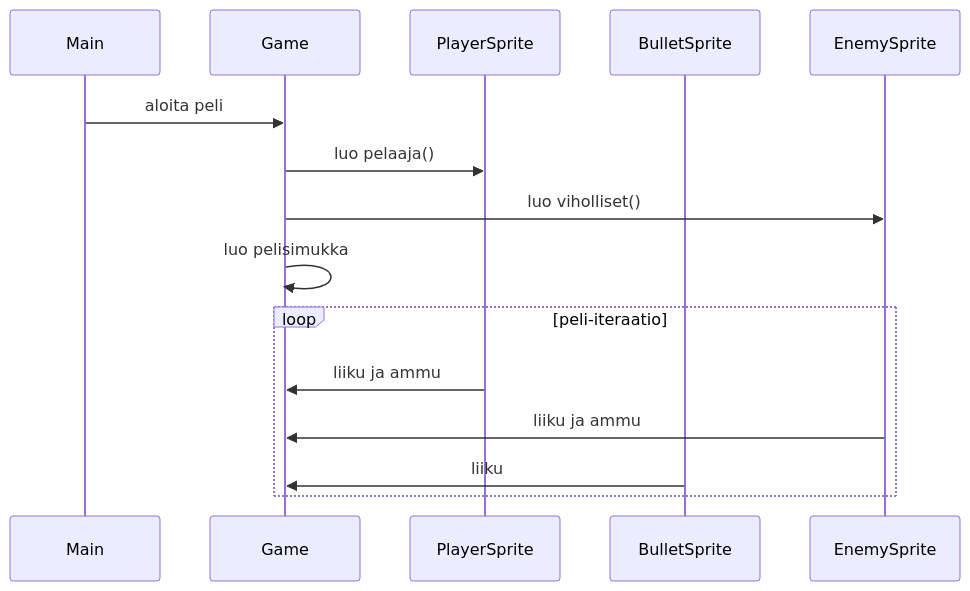
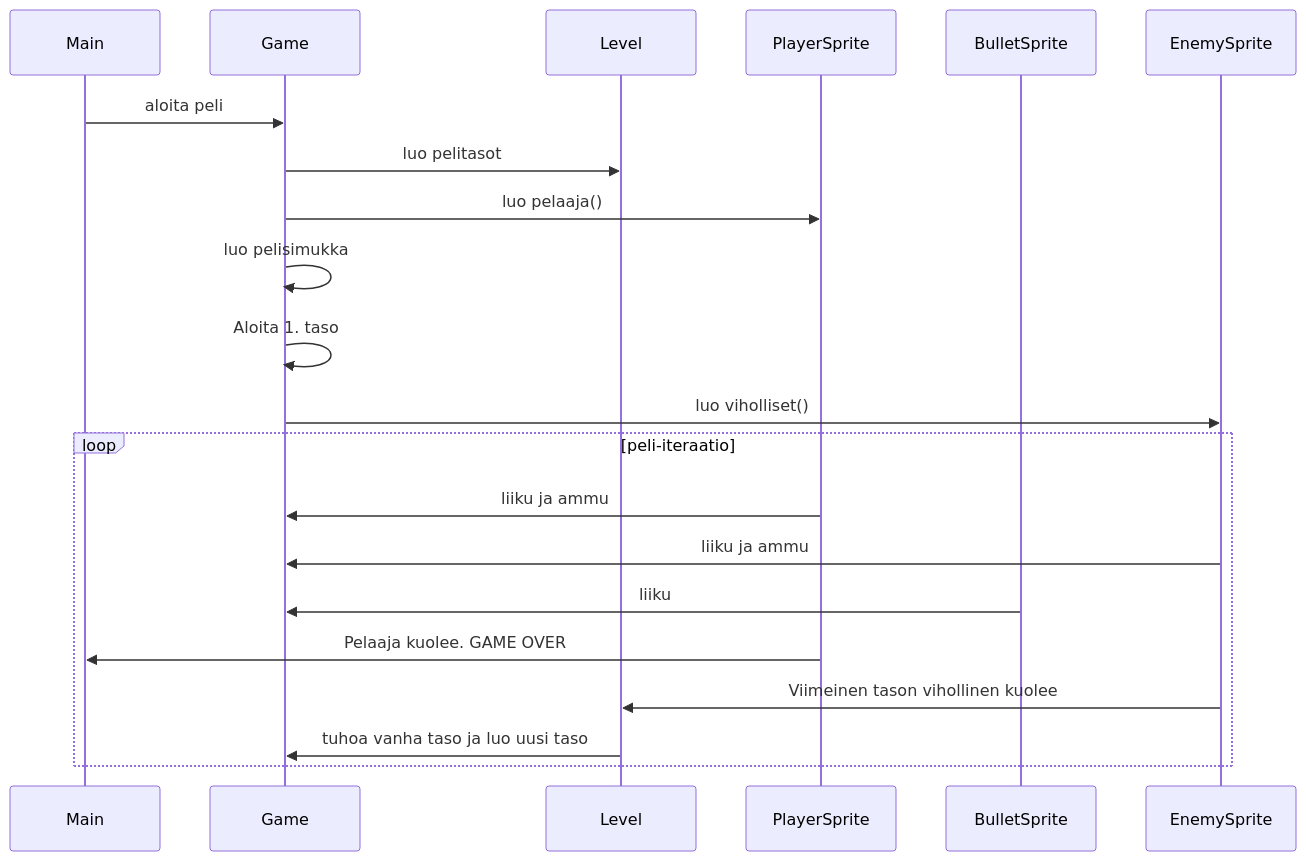
The third of 8 diagrams in dokumentaatio/arkkitehtuuri.md (Tapir79/ot-harjoitustyo), drawn with Mermaid before and after one commit. The commit also changed other lines of this file and 3 other files, not shown here.

````diff
--- a/dokumentaatio/arkkitehtuuri.md
+++ b/dokumentaatio/arkkitehtuuri.md
@@ -118,19 +126,25 @@
 ```mermaid
 sequenceDiagram
     participant Main
     participant Game
+    participant Level
     participant PlayerSprite
     participant BulletSprite
     participant EnemySprite
 
     Main->>Game: aloita peli
+    Game->>Level: luo pelitasot
     Game->>PlayerSprite:luo pelaaja()
+    Game->>Game: luo pelisimukka
+    Game->>Game: Aloita 1. taso
     Game->>EnemySprite: luo viholliset()
-    Game->>Game: luo pelisimukka
-
+    
     loop peli-iteraatio
         PlayerSprite->>Game: liiku ja ammu
         EnemySprite->>Game: liiku ja ammu
         BulletSprite->>Game: liiku
+        PlayerSprite->>Main: Pelaaja kuolee. GAME OVER
+        EnemySprite->>Level: Viimeinen tason vihollinen kuolee
+        Level->>Game: tuhoa vanha taso ja luo uusi taso
     end
 ```
````
